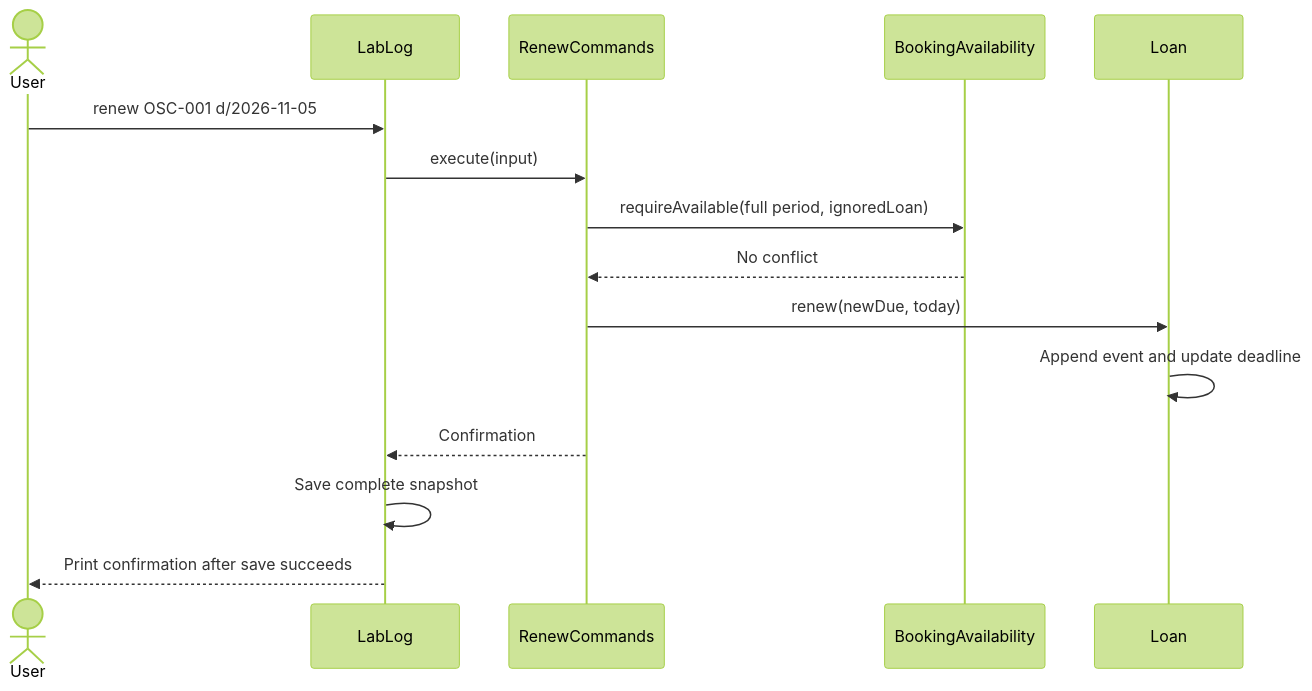
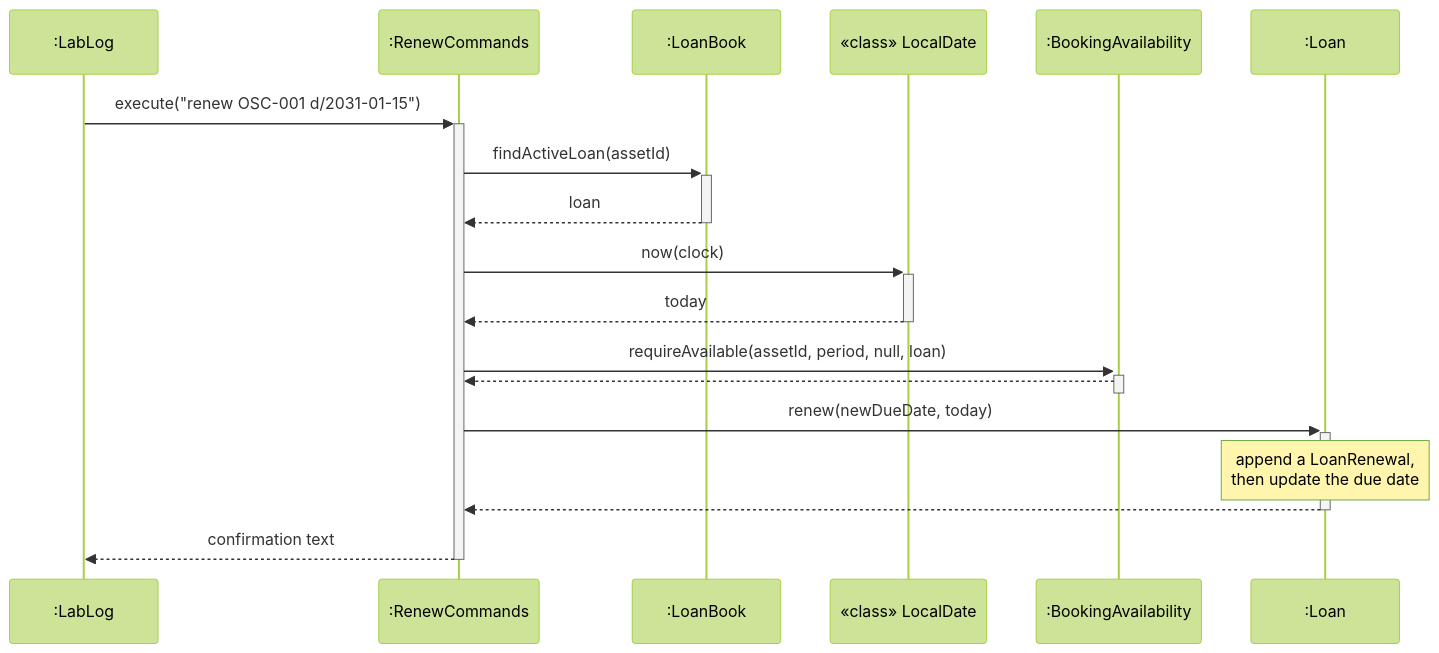
One commit to AY2627S1-CS2113-W13-3/tp changed the ninth of 14 diagrams in docs/DeveloperGuide.md. Above: the diagram before and after it, drawn with Mermaid (forest theme). The commit also changed other lines of this file and 6 other files, not shown here.

````diff
--- a/docs/DeveloperGuide.md
+++ b/docs/DeveloperGuide.md
@@ -568,17 +537,20 @@
 ```mermaid
 sequenceDiagram
-    actor User
-    participant App as LabLog
-    participant Renew as RenewCommands
-    participant Policy as BookingAvailability
-    participant Loan
-    User->>App: renew OSC-001 d/2026-11-05
-    App->>Renew: execute(input)
-    Renew->>Policy: requireAvailable(full period, ignoredLoan)
-    Policy-->>Renew: No conflict
-    Renew->>Loan: renew(newDue, today)
-    Loan->>Loan: Append event and update deadline
-    Renew-->>App: Confirmation
-    App->>App: Save complete snapshot
-    App-->>User: Print confirmation after save succeeds
+    participant L as :LabLog
+    participant R as :RenewCommands
+    participant B as :LoanBook
+    participant D as «class» LocalDate
+    participant P as :BookingAvailability
+    participant N as :Loan
+    L->>+R: execute("renew OSC-001 d/2031-01-15")
+    R->>+B: findActiveLoan(assetId)
+    B-->>-R: loan
+    R->>+D: now(clock)
+    D-->>-R: today
+    R->>+P: requireAvailable(assetId, period, null, loan)
+    P-->>-R: 
+    R->>+N: renew(newDueDate, today)
+    Note over N: append a LoanRenewal,<br/>then update the due date
+    N-->>-R: 
+    R-->>-L: confirmation text
 ```
````
